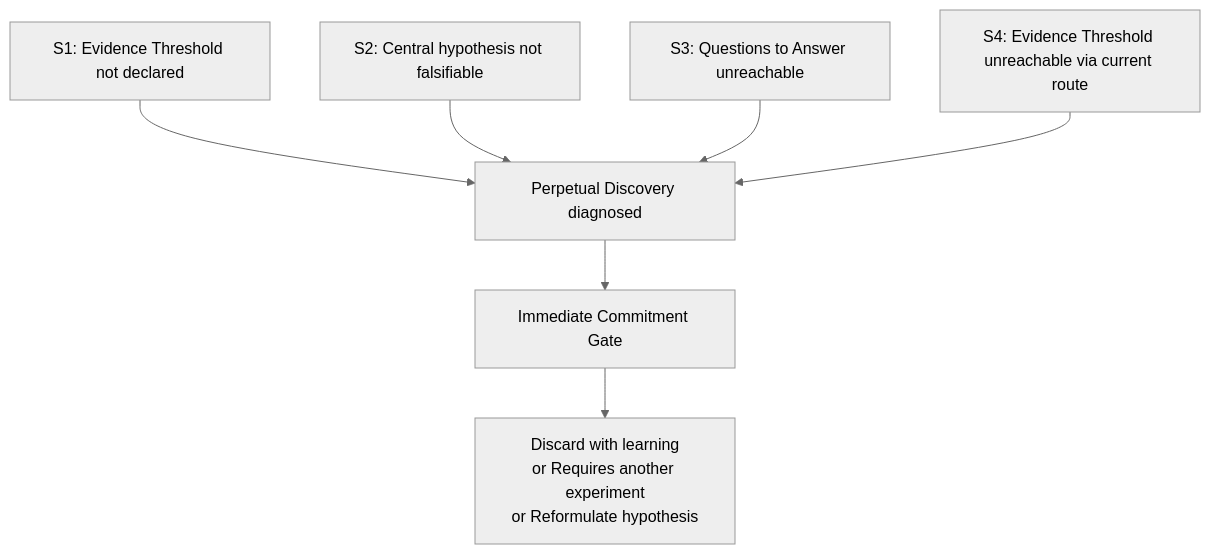
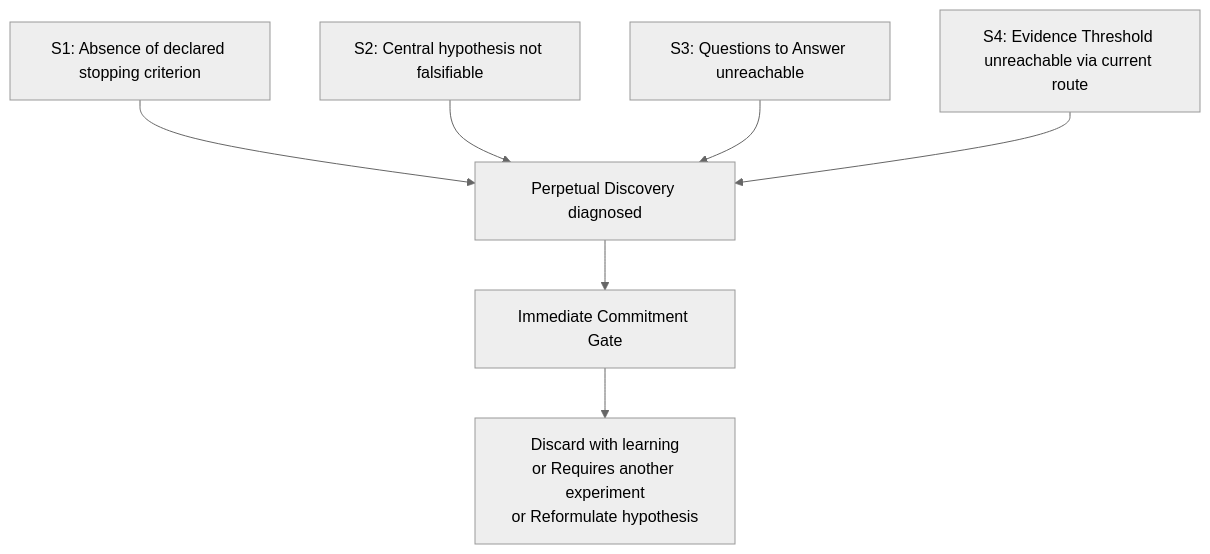
One commit to produtoreativo/from-intent-to-outcome changed the second of 3 diagrams in en/chapter-05.md. Above: the diagram before and after it, drawn with Mermaid (neutral theme). The commit also changed other lines of this file and 2 other files, not shown here.

````diff
--- a/en/chapter-05.md
+++ b/en/chapter-05.md
@@ -99,13 +99,13 @@
 ```mermaid
 graph TD
-    S1["S1: Evidence Threshold not declared"]
+    S1["S1: Absence of declared stopping criterion"]
     S2["S2: Central hypothesis not falsifiable"]
     S3["S3: Questions to Answer unreachable"]
     S4["S4: Evidence Threshold unreachable via current route"]
     S1 --> PD["Perpetual Discovery diagnosed"]
     S2 --> PD
     S3 --> PD
     S4 --> PD
     PD --> CG["Immediate Commitment Gate"]
     CG --> D["Discard with learning\nor Requires another experiment\nor Reformulate hypothesis"]
 ```
````
